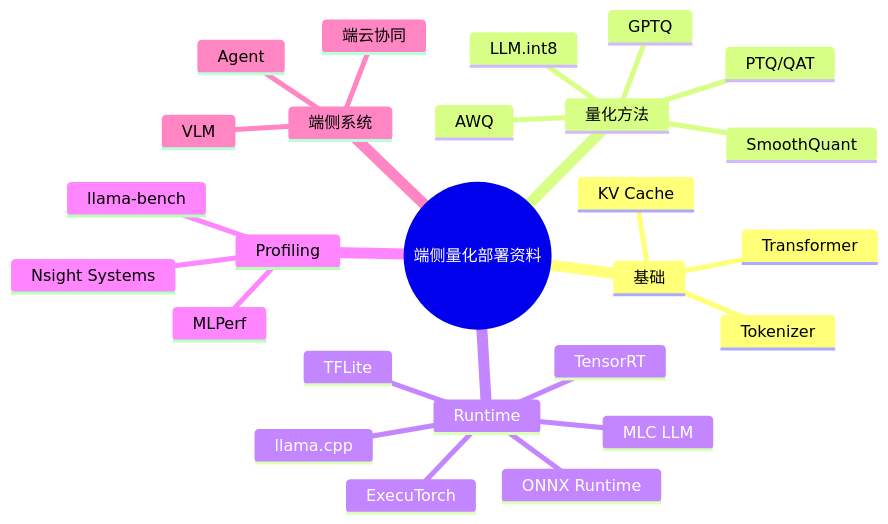
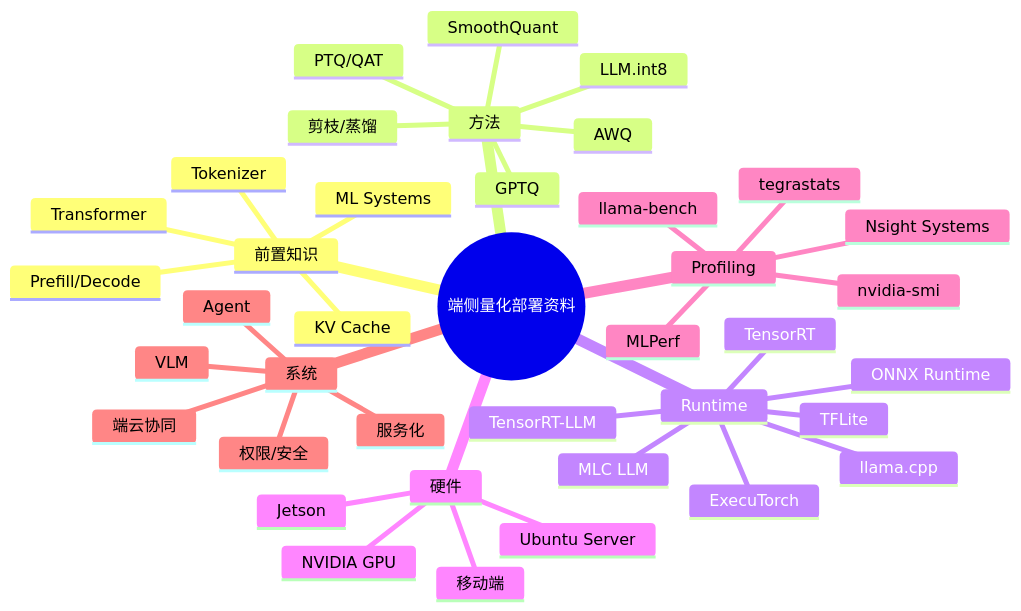
The diagram in docs/reference-map.md (skyswordw/edge-ai-deployment-course), drawn with Mermaid before and after one commit. The commit also changed other lines of this file and 29 other files, not shown here.

````diff
--- a/docs/reference-map.md
+++ b/docs/reference-map.md
@@ -21,29 +39,42 @@
 ```mermaid
 mindmap
   root((端侧量化部署资料))
-    基础
+    前置知识
       Transformer
       Tokenizer
+      Prefill/Decode
       KV Cache
-    量化方法
+      ML Systems
+    方法
       PTQ/QAT
       GPTQ
       AWQ
       SmoothQuant
       LLM.int8
+      剪枝/蒸馏
     Runtime
       llama.cpp
       ONNX Runtime
       TensorRT
+      TensorRT-LLM
       ExecuTorch
       TFLite
       MLC LLM
+    硬件
+      Ubuntu Server
+      NVIDIA GPU
+      Jetson
+      移动端
     Profiling
       llama-bench
       Nsight Systems
       MLPerf
-    端侧系统
+      nvidia-smi
+      tegrastats
+    系统
       VLM
       Agent
       端云协同
+      服务化
+      权限/安全
 ```
````
